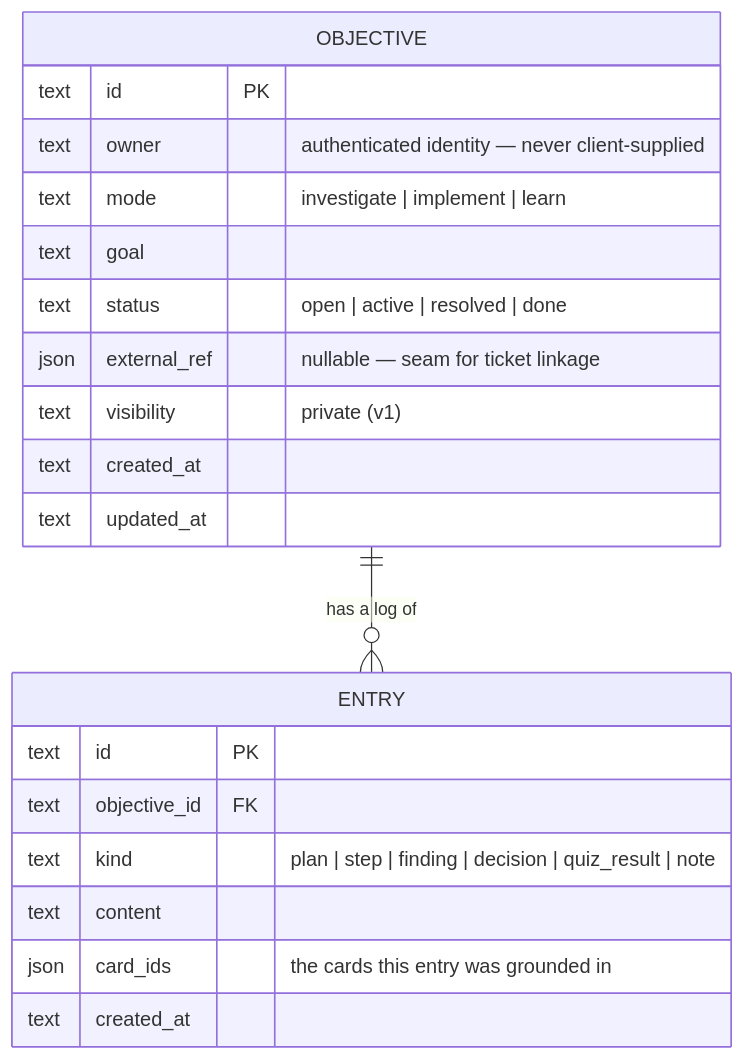
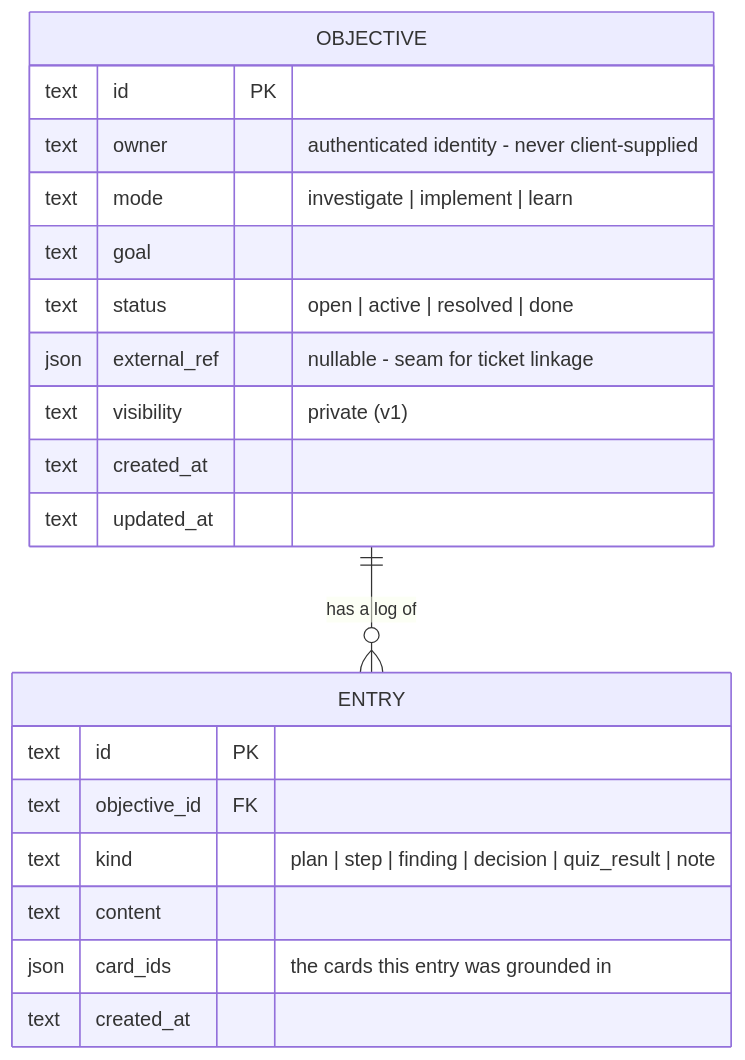
One commit to voyagerforge-dev/hive-intelligence changed the fifth of 9 diagrams in knowledge/okf/docs/OKF-Pipeline.md. Above: the diagram before and after it, drawn with Mermaid. The commit also changed other lines of this file, not shown here.

````diff
--- a/knowledge/okf/docs/OKF-Pipeline.md
+++ b/knowledge/okf/docs/OKF-Pipeline.md
@@ -456,23 +453,23 @@
 ```mermaid
 erDiagram
     OBJECTIVE ||--o{ ENTRY : "has a log of"
     OBJECTIVE {
         text   id PK
-        text   owner        "authenticated identity — never client-supplied"
+        text   owner        "authenticated identity - never client-supplied"
         text   mode         "investigate | implement | learn"
         text   goal
         text   status       "open | active | resolved | done"
-        json   external_ref "nullable — seam for ticket linkage"
+        json   external_ref "nullable - seam for ticket linkage"
         text   visibility   "private (v1)"
         text   created_at
         text   updated_at
     }
     ENTRY {
         text   id PK
         text   objective_id FK
         text   kind         "plan | step | finding | decision | quiz_result | note"
         text   content
         json   card_ids     "the cards this entry was grounded in"
         text   created_at
     }
 ```
````
